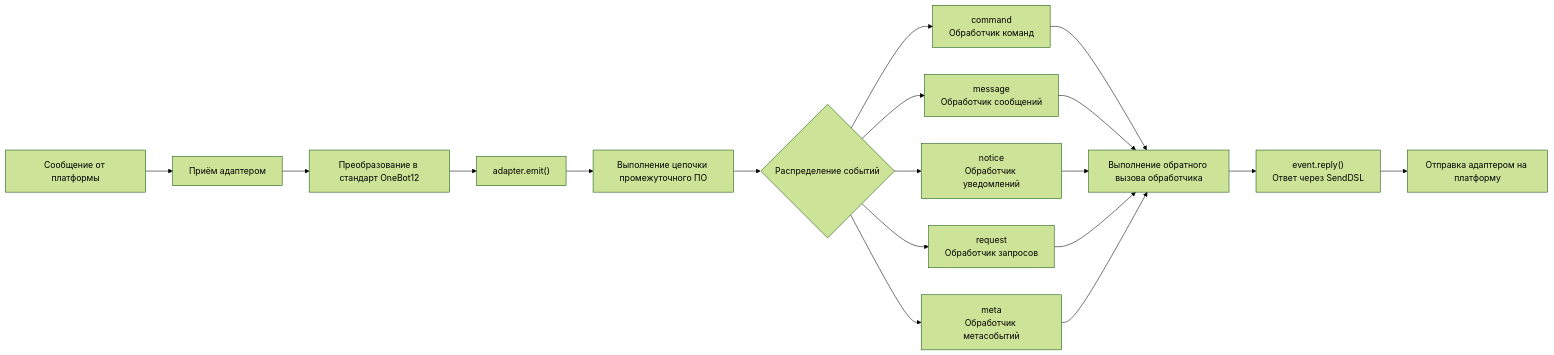
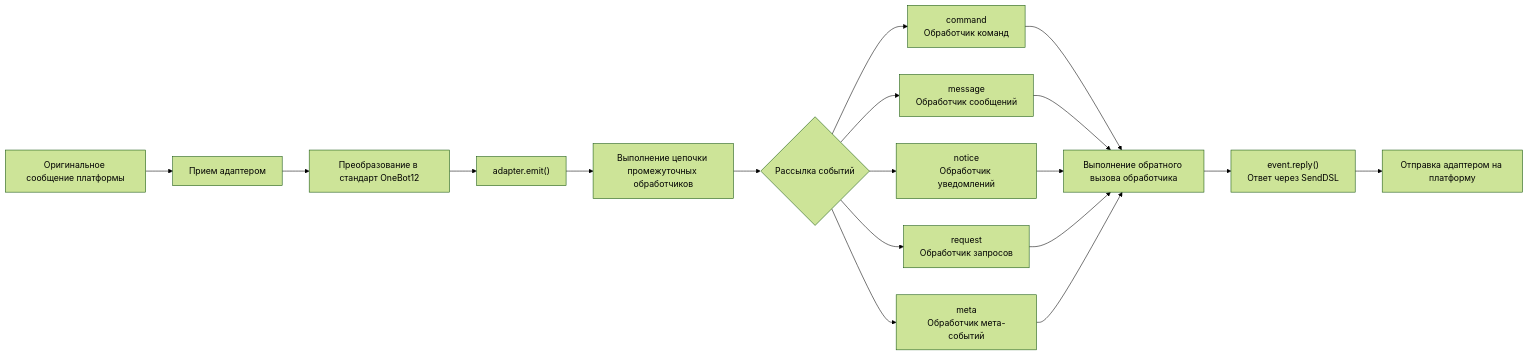
Before and after one commit to ErisPulse/ErisPulse: the third of 9 diagrams in docs/ru/architecture.md, drawn with Mermaid (forest theme). The commit also changed other lines of this file and 299 other files, not shown here.

````diff
--- a/docs/ru/architecture.md
+++ b/docs/ru/architecture.md
@@ -91,16 +87,16 @@
 ```mermaid
 flowchart LR
-    A["Сообщение от платформы"] --> B["Приём адаптером"]
+    A["Оригинальное сообщение платформы"] --> B["Прием адаптером"]
     B --> C["Преобразование в стандарт OneBot12"]
     C --> D["adapter.emit()"]
-    D --> E["Выполнение цепочки промежуточного ПО"]
-    E --> F{"Распределение событий"}
+    D --> E["Выполнение цепочки промежуточных обработчиков"]
+    E --> F{"Рассылка событий"}
     F --> G1["command<br/>Обработчик команд"]
     F --> G2["message<br/>Обработчик сообщений"]
     F --> G3["notice<br/>Обработчик уведомлений"]
     F --> G4["request<br/>Обработчик запросов"]
-    F --> G5["meta<br/>Обработчик метасобытий"]
+    F --> G5["meta<br/>Обработчик мета-событий"]
     G1 & G2 & G3 & G4 & G5 --> H["Выполнение обратного вызова обработчика"]
     H --> I["event.reply()<br/>Ответ через SendDSL"]
     I --> J["Отправка адаптером на платформу"]
 ```
````
